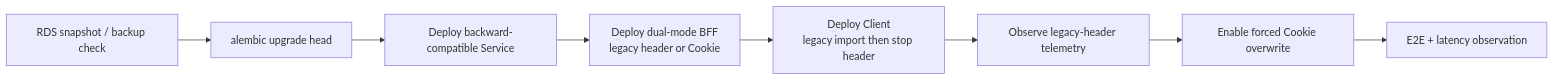
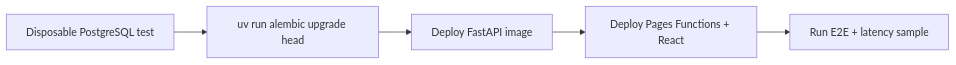
Before and after one commit to T-1009/personal-assistant: the third of 3 diagrams in personal-assistant-meta/issues/features/feature-14-multi-session-runtime-prewarm/plan.md, drawn with Mermaid. The commit also changed other lines of this file and 4 other files, not shown here.

````diff
--- a/personal-assistant-meta/issues/features/feature-14-multi-session-runtime-prewarm/plan.md
+++ b/personal-assistant-meta/issues/features/feature-14-multi-session-runtime-prewarm/plan.md
@@ -369,10 +446,7 @@
 ```mermaid
 flowchart LR
-    Backup["RDS snapshot / backup check"] --> Migrate["alembic upgrade head"]
-    Migrate --> Service["Deploy backward-compatible Service"]
-    Service --> BFFCompat["Deploy dual-mode BFF<br/>legacy header or Cookie"]
-    BFFCompat --> Client["Deploy Client<br/>legacy import then stop header"]
-    Client --> Observe["Observe legacy-header telemetry"]
-    Observe --> BFFFinal["Enable forced Cookie overwrite"]
-    BFFFinal --> Verify["E2E + latency observation"]
+    TestDB["Disposable PostgreSQL test"] --> Migrate["uv run alembic upgrade head"]
+    Migrate --> Service["Deploy FastAPI image"]
+    Service --> Client["Deploy Pages Functions + React"]
+    Client --> E2E["Run E2E + latency sample"]
 ```
````
